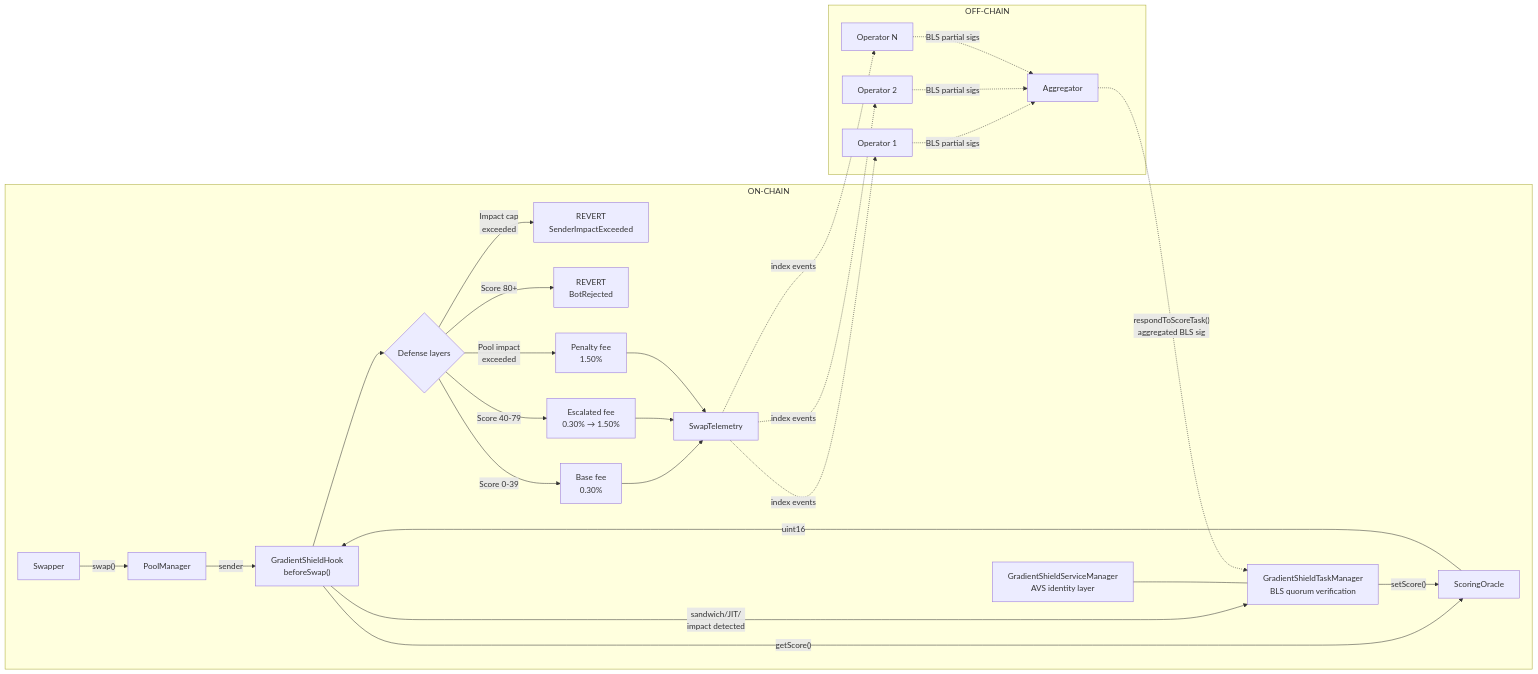
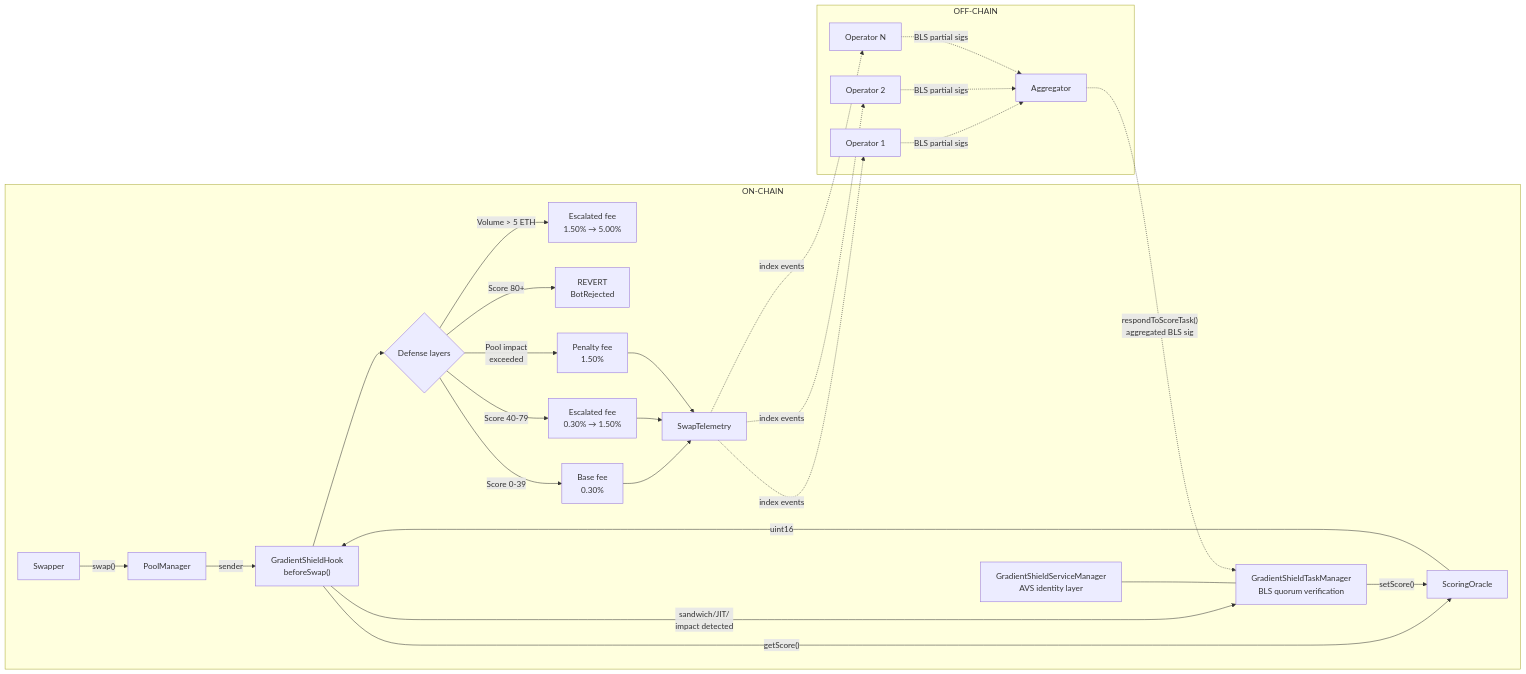
The first of 2 diagrams in README.md (sivajialla/gradient-shield), drawn with Mermaid before and after one commit. The commit also changed other lines of this file and 2 other files, not shown here.

First line of the commit message:
Replace sender impact hard cap with progressive penalty fees

````diff
--- a/README.md
+++ b/README.md
@@ -65,33 +65,33 @@
 ```mermaid
 flowchart LR
     subgraph ON-CHAIN
         A[Swapper] -->|"swap()"| B[PoolManager]
         B -->|"sender"| C["GradientShieldHook\nbeforeSwap()"]
         C -->|"getScore()"| D[ScoringOracle]
         D -->|"uint16"| C
 
         C --> E{Defense layers}
-        E -->|"Impact cap\nexceeded"| X["REVERT\nSenderImpactExceeded"]
+        E -->|"Volume > 5 ETH"| X["Escalated fee\n1.50% → 5.00%"]
         E -->|"Score 80+"| H["REVERT\nBotRejected"]
         E -->|"Score 0-39"| F["Base fee\n0.30%"]
         E -->|"Score 40-79"| G["Escalated fee\n0.30% → 1.50%"]
         E -->|"Pool impact\nexceeded"| PI["Penalty fee\n1.50%"]
 
         F --> I[SwapTelemetry]
         G --> I
         PI --> I
 
         C -->|"sandwich/JIT/\nimpact detected"| TM
         TM["GradientShieldTaskManager\nBLS quorum verification"] -->|"setScore()"| D
         SM["GradientShieldServiceManager\nAVS identity layer"] --- TM
     end
 
     subgraph OFF-CHAIN
         OP1[Operator 1] & OP2[Operator 2] & OP3[Operator N]
         AGG[Aggregator]
     end
 
     I -.->|"index events"| OP1 & OP2 & OP3
     OP1 & OP2 & OP3 -.->|"BLS partial sigs"| AGG
     AGG -.->|"respondToScoreTask()\naggregated BLS sig"| TM
 ```
````
